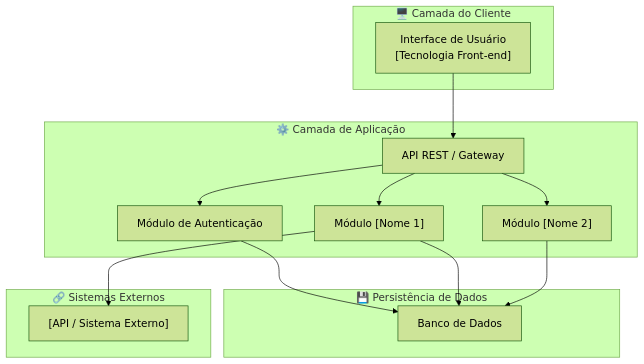
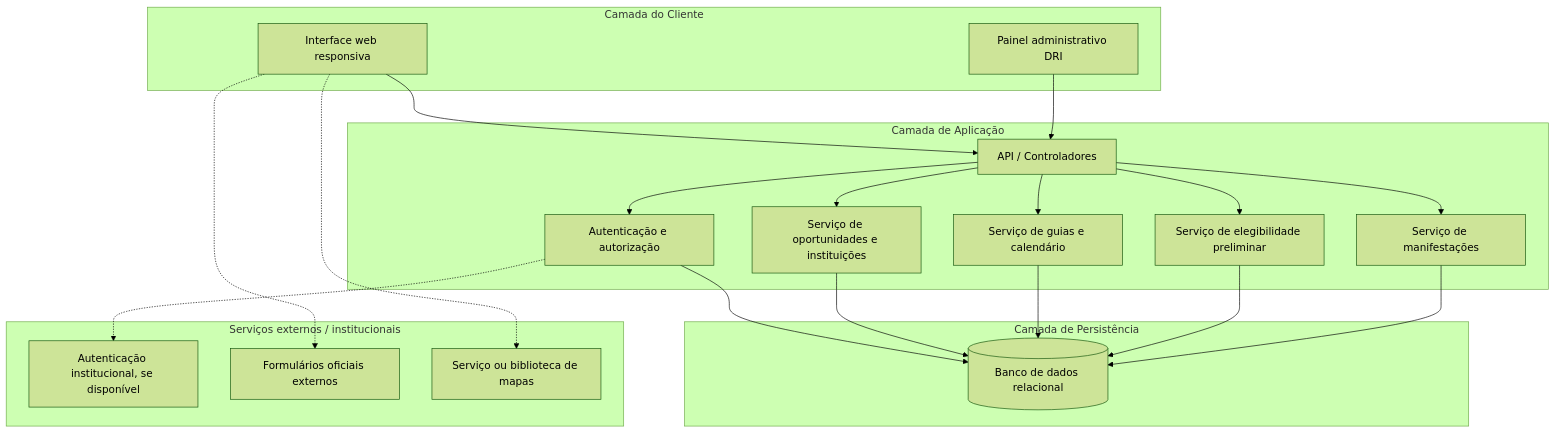
The second of 4 diagrams in Requisitos/Visao-Demanda-grupo3.md (niclasmn/requisitos-2026--grupo3), drawn with Mermaid (forest theme) before and after one commit. The commit also changed other lines of this file, not shown here.

````diff
--- a/Requisitos/Visao-Demanda-grupo3.md
+++ b/Requisitos/Visao-Demanda-grupo3.md
@@ -120,32 +509,42 @@
 ```mermaid
 graph TB
-    subgraph Cliente["🖥️ Camada do Cliente"]
-        UI["Interface de Usuário<br/>[Tecnologia Front-end]"]
+    subgraph Cliente[Camada do Cliente]
+        UI[Interface web responsiva]
+        AdminUI[Painel administrativo DRI]
     end
-    
-    subgraph Servidor["⚙️ Camada de Aplicação"]
-        Auth["Módulo de Autenticação"]
-        Modulo1["Módulo [Nome 1]"]
-        Modulo2["Módulo [Nome 2]"]
-        API["API REST / Gateway"]
+
+    subgraph Aplicacao[Camada de Aplicação]
+        API[API / Controladores]
+        Auth[Autenticação e autorização]
+        Oportunidades[Serviço de oportunidades e instituições]
+        Conteudo[Serviço de guias e calendário]
+        Elegibilidade[Serviço de elegibilidade preliminar]
+        Interesse[Serviço de manifestações]
     end
-    
-    subgraph Dados["💾 Persistência de Dados"]
-        BD["Banco de Dados"]
+
+    subgraph Dados[Camada de Persistência]
+        BD[(Banco de dados relacional)]
     end
-    
-    subgraph Externo["🔗 Sistemas Externos"]
-        SistemaExt["[API / Sistema Externo]"]
+
+    subgraph Externos[Serviços externos / institucionais]
+        SSO[Autenticação institucional, se disponível]
+        Formularios[Formulários oficiais externos]
+        Mapa[Serviço ou biblioteca de mapas]
     end
-    
+
     UI --> API
+    AdminUI --> API
     API --> Auth
-    API --> Modulo1
-    API --> Modulo2
-    
+    API --> Oportunidades
+    API --> Conteudo
+    API --> Elegibilidade
+    API --> Interesse
     Auth --> BD
-    Modulo1 --> BD
-    Modulo2 --> BD
-    
-    Modulo1 --> SistemaExt
+    Oportunidades --> BD
+    Conteudo --> BD
+    Elegibilidade --> BD
+    Interesse --> BD
+    Auth -.-> SSO
+    UI -.-> Formularios
+    UI -.-> Mapa
 ```
````
